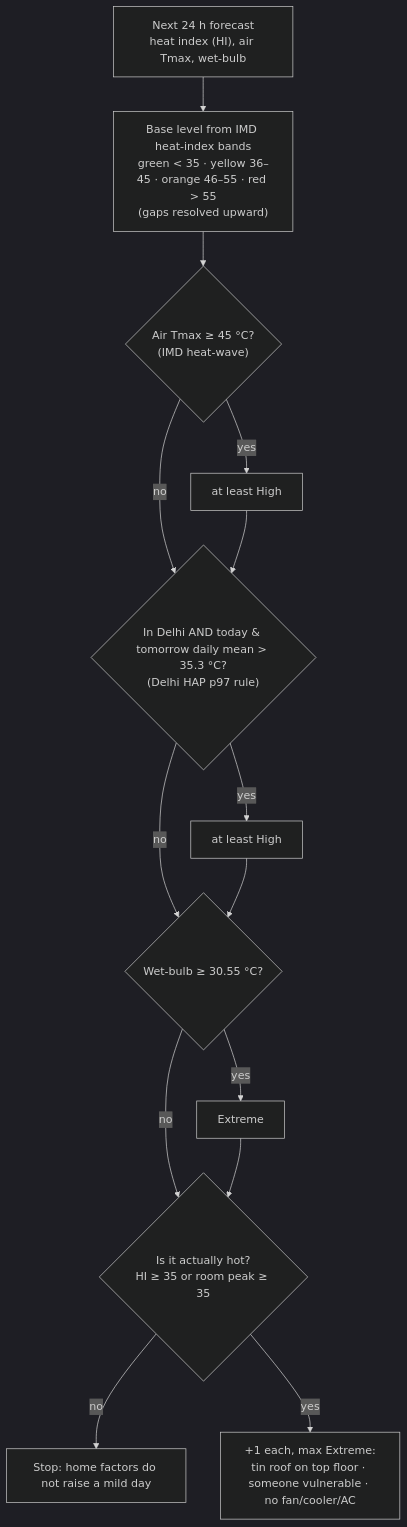
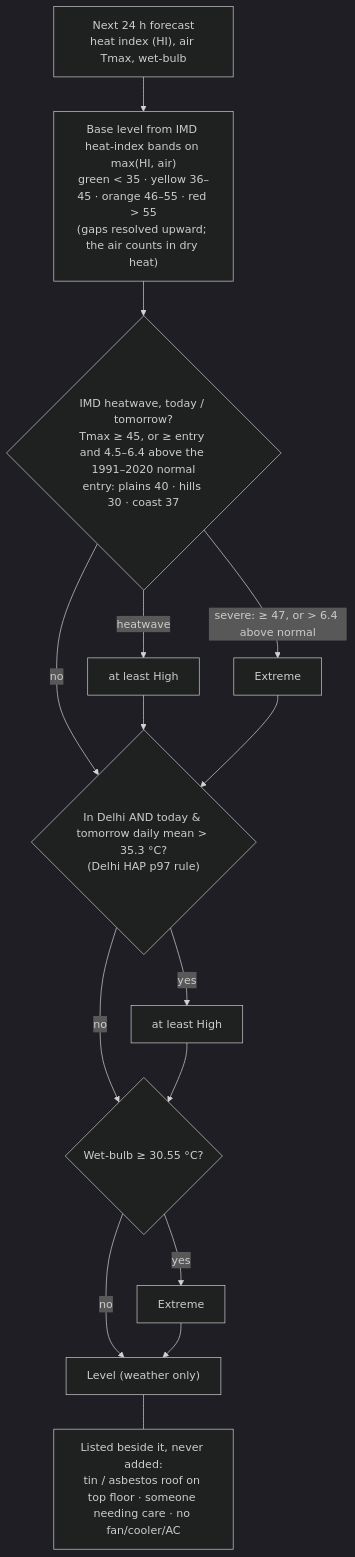
One commit to VanshikaSingh277/garmi-check-india changed the fifth of 10 diagrams in docs/ARCHITECTURE.md. Above: the diagram before and after it, drawn with Mermaid (dark theme). The commit also changed other lines of this file and 21 other files, not shown here.

First line of the commit message:
Heat level from the weather and IMD's rules only, plus the review's safety fixes

````diff
--- a/docs/ARCHITECTURE.md
+++ b/docs/ARCHITECTURE.md
@@ -208,16 +208,17 @@
 ```mermaid
 flowchart TD
-  A["Next 24 h forecast<br/>heat index (HI), air Tmax, wet-bulb"] --> B["Base level from IMD heat-index bands<br/>green < 35 · yellow 36–45 · orange 46–55 · red > 55<br/>(gaps resolved upward)"]
-  B --> C{"Air Tmax ≥ 45 °C?<br/>(IMD heat-wave)"}
-  C -- yes --> C1[at least High]
+  A["Next 24 h forecast<br/>heat index (HI), air Tmax, wet-bulb"] --> B["Base level from IMD heat-index bands on max(HI, air)<br/>green < 35 · yellow 36–45 · orange 46–55 · red > 55<br/>(gaps resolved upward; the air counts in dry heat)"]
+  B --> C{"IMD heatwave, today / tomorrow?<br/>Tmax ≥ 45, or ≥ entry and 4.5–6.4 above the 1991–2020 normal<br/>entry: plains 40 · hills 30 · coast 37"}
+  C -- heatwave --> C1[at least High]
+  C -- "severe: ≥ 47, or > 6.4 above normal" --> C2[Extreme]
   C -- no --> D
   C1 --> D{"In Delhi AND today & tomorrow daily mean > 35.3 °C?<br/>(Delhi HAP p97 rule)"}
+  C2 --> D
   D -- yes --> D1[at least High]
   D -- no --> E
   D1 --> E{"Wet-bulb ≥ 30.55 °C?"}
   E -- yes --> E1[Extreme]
-  E -- no --> F
-  E1 --> F{"Is it actually hot?<br/>HI ≥ 35 or room peak ≥ 35"}
-  F -- no --> F1["Stop: home factors do not raise a mild day"]
-  F -- yes --> G["+1 each, max Extreme:<br/>tin roof on top floor · someone vulnerable · no fan/cooler/AC"]
+  E -- no --> F["Level (weather only)"]
+  E1 --> F
+  F --- G["Listed beside it, never added:<br/>tin / asbestos roof on top floor · someone needing care · no fan/cooler/AC"]
 ```
````
